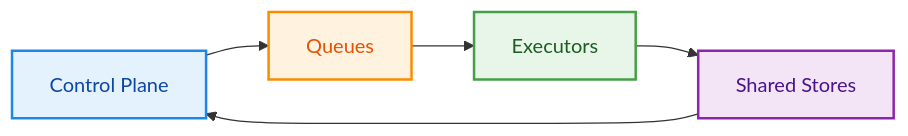
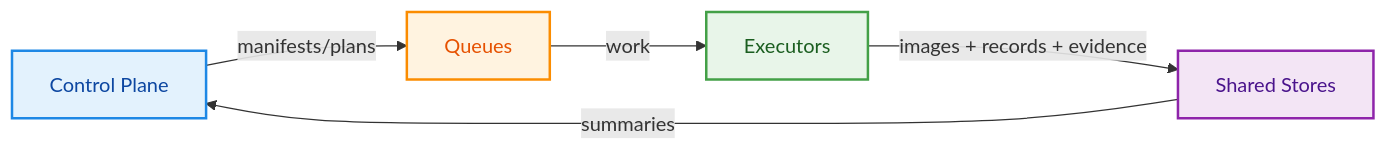
The diagram in executive_summary.md (leucir/factory), drawn with Mermaid before and after one commit. The commit also changed other lines of this file, not shown here.

````diff
--- a/executive_summary.md
+++ b/executive_summary.md
@@ -38,12 +90,17 @@
 ```mermaid
 flowchart LR
   classDef cp fill:#E3F2FD,stroke:#1E88E5,color:#0D47A1,stroke-width:2px
   classDef q  fill:#FFF3E0,stroke:#FB8C00,color:#E65100,stroke-width:2px
   classDef ex fill:#E8F5E9,stroke:#43A047,color:#1B5E20,stroke-width:2px
   classDef st fill:#F3E5F5,stroke:#8E24AA,color:#4A148C,stroke-width:2px
 
-  CP[Control Plane]:::cp --> Q[Queues]:::q
-  Q --> EX[Executors]:::ex
-  EX --> ST[Shared Stores]:::st
-  ST --> CP
+  CP[Control Plane]:::cp
+  Q[Queues]:::q
+  EX[Executors]:::ex
+  ST[Shared Stores]:::st
+
+  CP -- manifests/plans --> Q
+  Q  -- work --> EX
+  EX -- images + records + evidence --> ST
+  ST -- summaries --> CP
 ```
````
